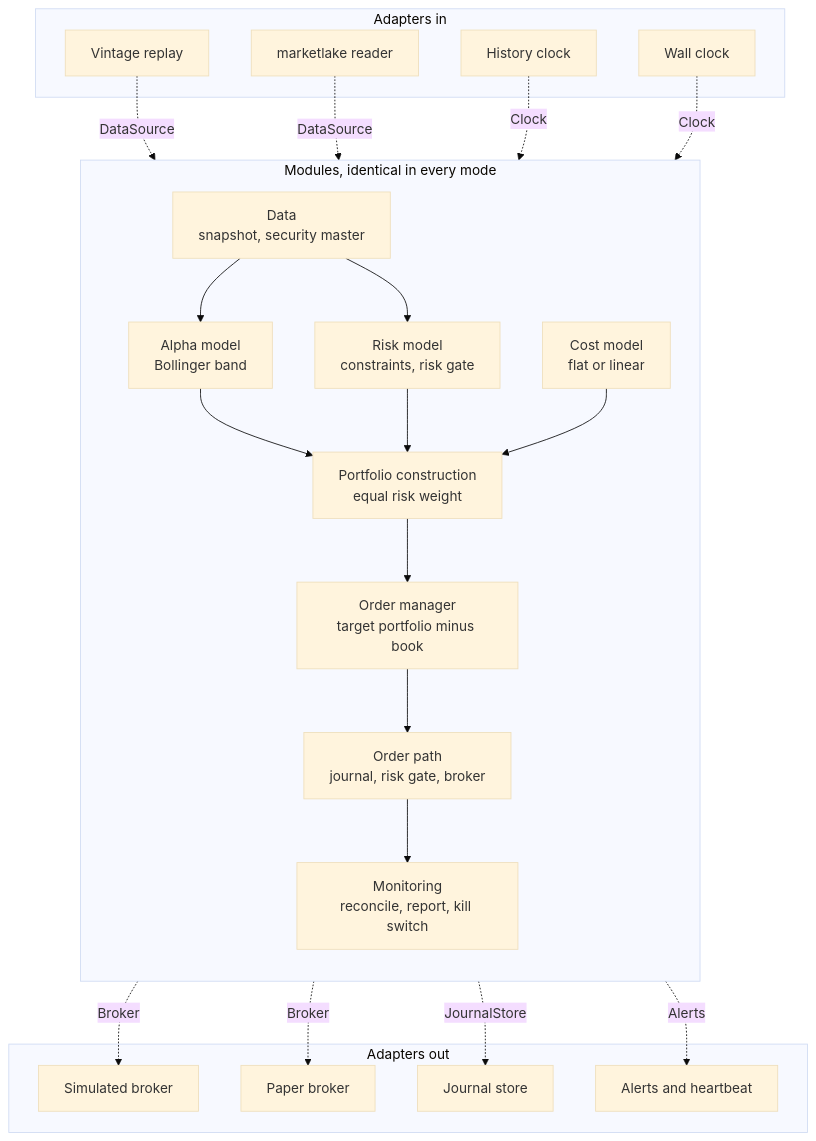
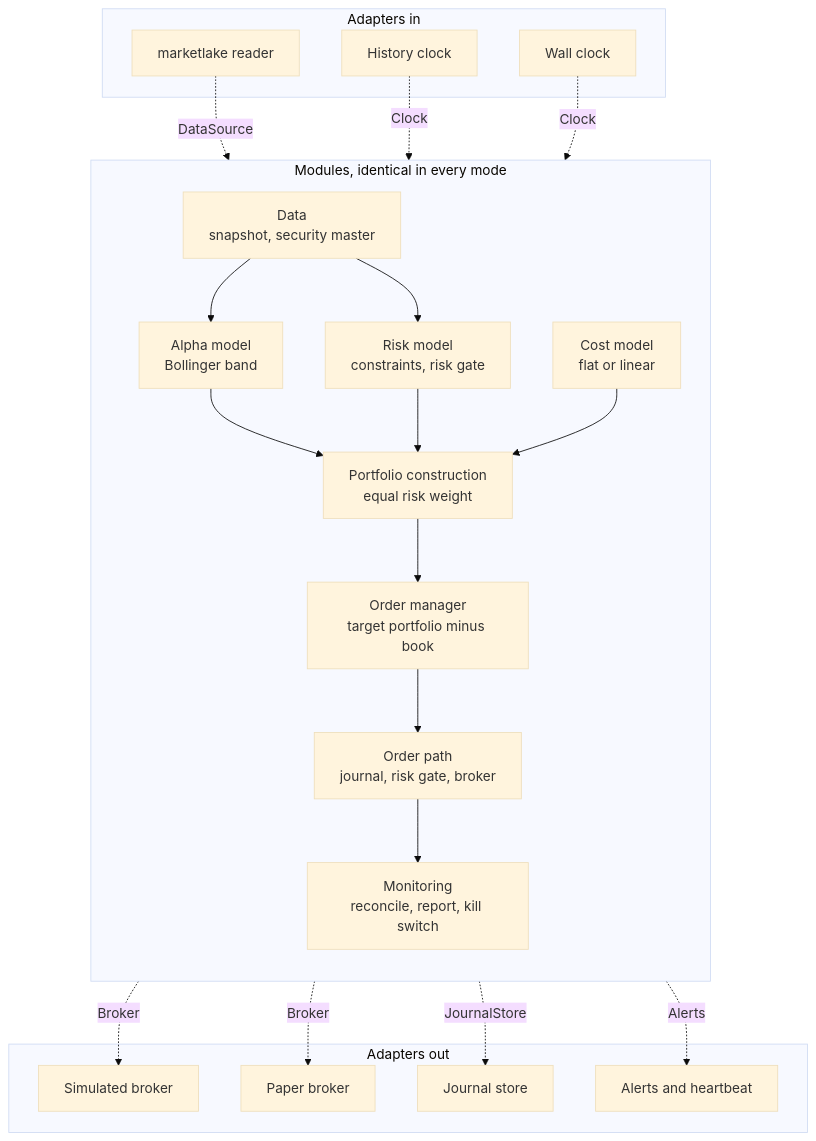
One commit to l3a0/ithildin-runtime changed the second of 16 diagrams in docs/architecture.md. Above: the diagram before and after it, drawn with Mermaid (base theme). The commit also changed other lines of this file, not shown here.

First line of the commit message:
docs(architecture): make marketlake the one bar provider

````diff
--- a/docs/architecture.md
+++ b/docs/architecture.md
@@ -177,45 +188,43 @@
 ```mermaid
 flowchart TB
     subgraph adapters_in["Adapters in"]
-        replay["Vintage replay"]
         lakesrc["marketlake reader"]
         histclock["History clock"]
         wallclock["Wall clock"]
     end
 
     subgraph modules["Modules, identical in every mode"]
         direction TB
         data["Data<br/>snapshot, security master"]
         alpha["Alpha model<br/>Bollinger band"]
         risk["Risk model<br/>constraints, risk gate"]
         cost["Cost model<br/>flat or linear"]
         pc["Portfolio construction<br/>equal risk weight"]
         om["Order manager<br/>target portfolio minus book"]
         path["Order path<br/>journal, risk gate, broker"]
         mon["Monitoring<br/>reconcile, report, kill switch"]
         data --> alpha
         data --> risk
         alpha --> pc
         risk --> pc
         cost --> pc
         pc --> om
         om --> path
         path --> mon
     end
 
     subgraph adapters_out["Adapters out"]
         sim["Simulated broker"]
         paper["Paper broker"]
         journalstore["Journal store"]
         alertsink["Alerts and heartbeat"]
     end
 
-    replay -. "DataSource" .-> data
     lakesrc -. "DataSource" .-> data
     histclock -. "Clock" .-> modules
     wallclock -. "Clock" .-> modules
     path -. "Broker" .-> sim
     path -. "Broker" .-> paper
     path -. "JournalStore" .-> journalstore
     mon -. "Alerts" .-> alertsink
 ```
````
